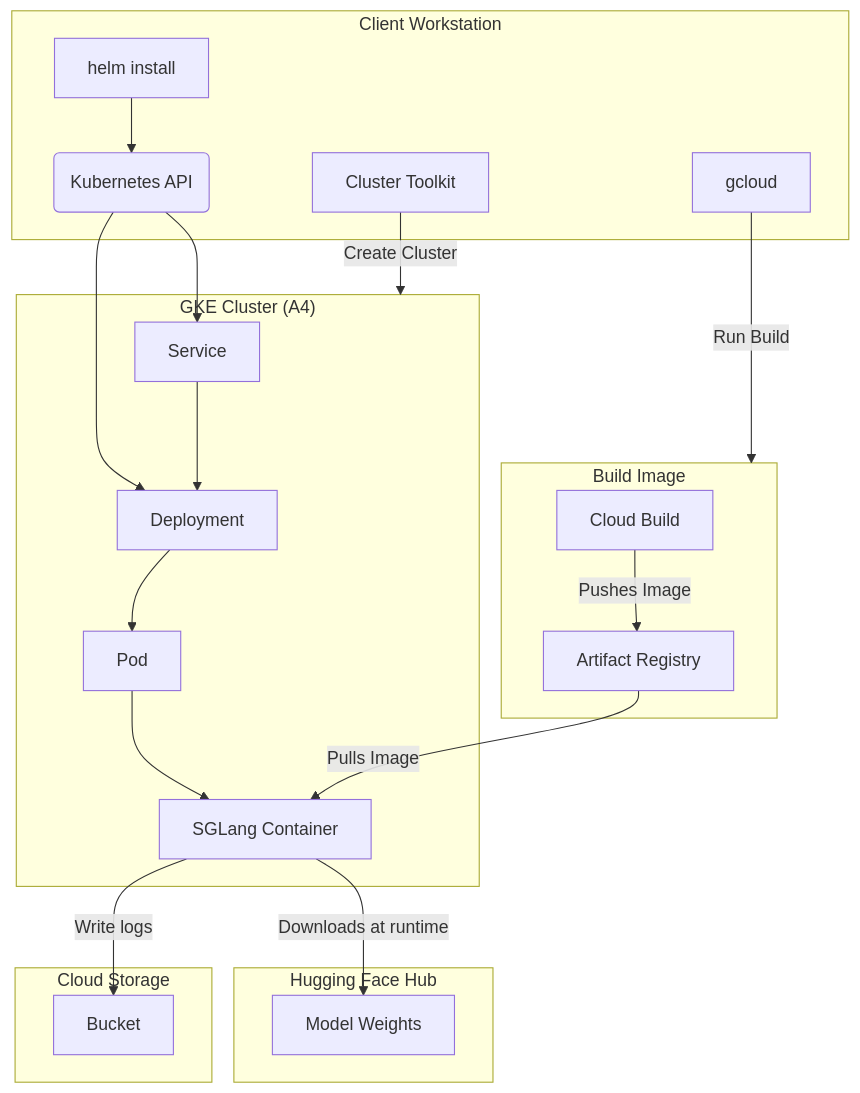
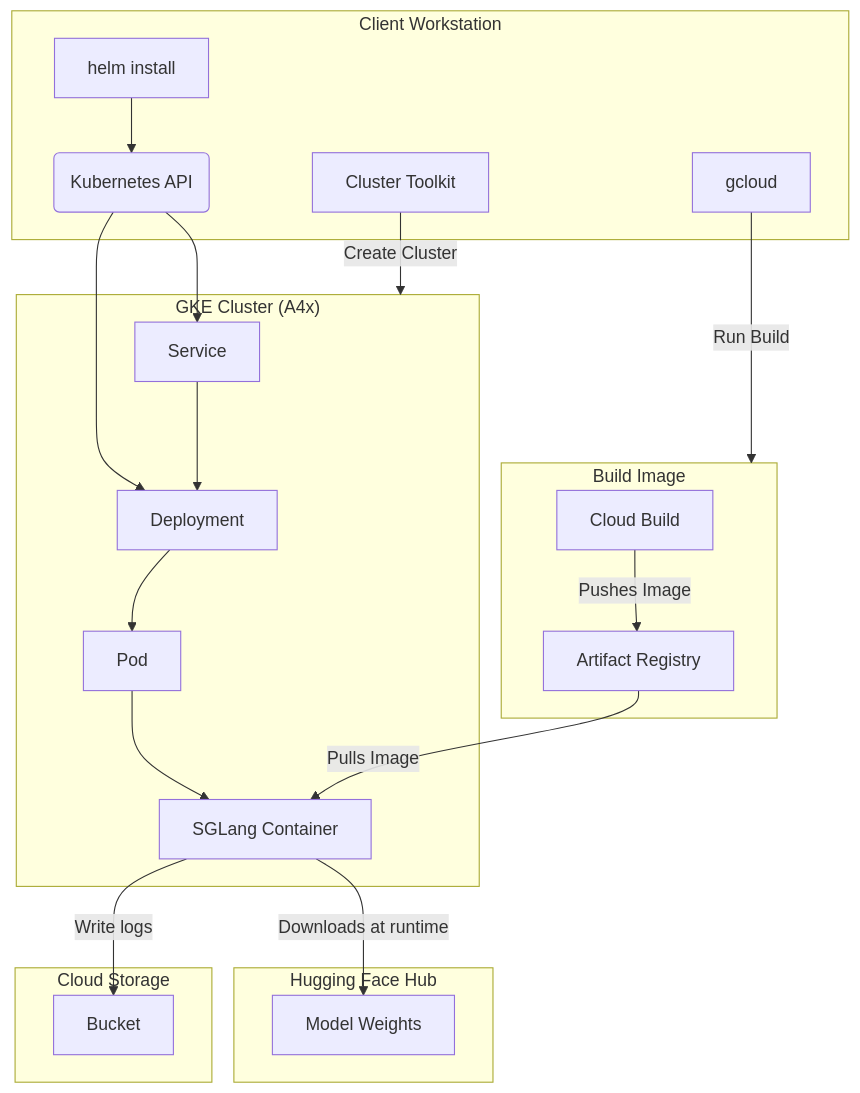
The diagram in inference/a4x/single-host-serving/Sglang/README.md (AI-Hypercomputer/gpu-recipes), drawn with Mermaid before and after one commit. The commit also changed other lines of this file, not shown here.

````diff
--- a/inference/a4x/single-host-serving/Sglang/README.md
+++ b/inference/a4x/single-host-serving/Sglang/README.md
@@ -60,46 +60,46 @@
 ```mermaid
 ---
 config:
   layout: dagre
 ---
 flowchart TD
  subgraph workstation["Client Workstation"]
     T["Cluster Toolkit"]
     B("Kubernetes API")
     A["helm install"]
     Y["gcloud"]
   end
  subgraph imagerepo["Build Image"]
     H["Artifact Registry"]
     G["Cloud Build"]
   end
  subgraph huggingface["Hugging Face Hub"]
     I["Model Weights"]
   end
- subgraph gke["GKE Cluster (A4)"]
+ subgraph gke["GKE Cluster (A4x)"]
     C["Deployment"]
     D["Pod"]
     E["SGLang Container"]
     F["Service"]
   end
  subgraph storage["Cloud Storage"]
     J["Bucket"]
   end
 
     %% Logical/actual flow
     T -- Create Cluster --> gke
     A --> B
     G -- Pushes Image --> H
     B --> C & F
     C --> D
     D --> E
     F --> C
     H -- Pulls Image --> E
     E -- Downloads at runtime --> I
     E -- Write logs --> J
     Y -- Run Build --> imagerepo
 
 
     %% Layout control
     gke ~~~ imagerepo
 ```
````
